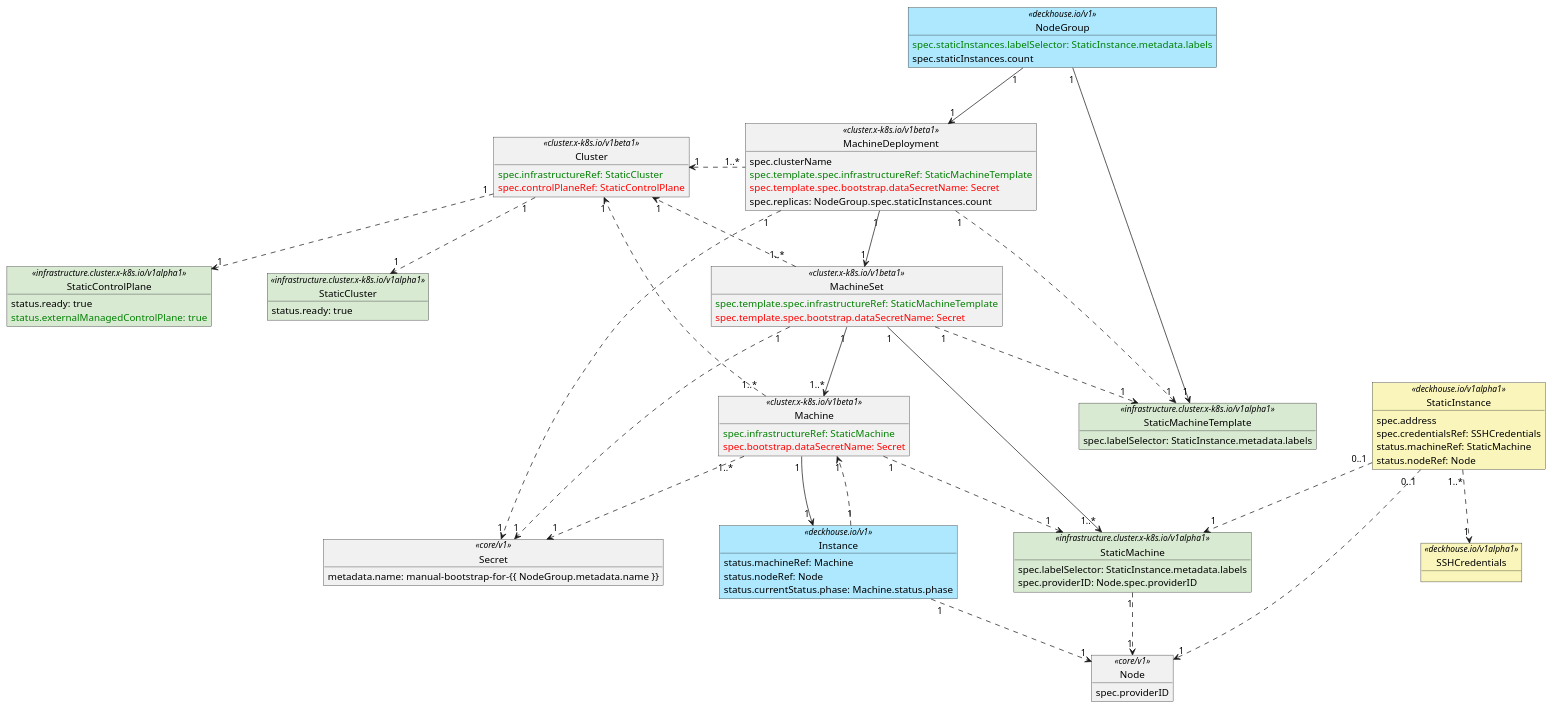
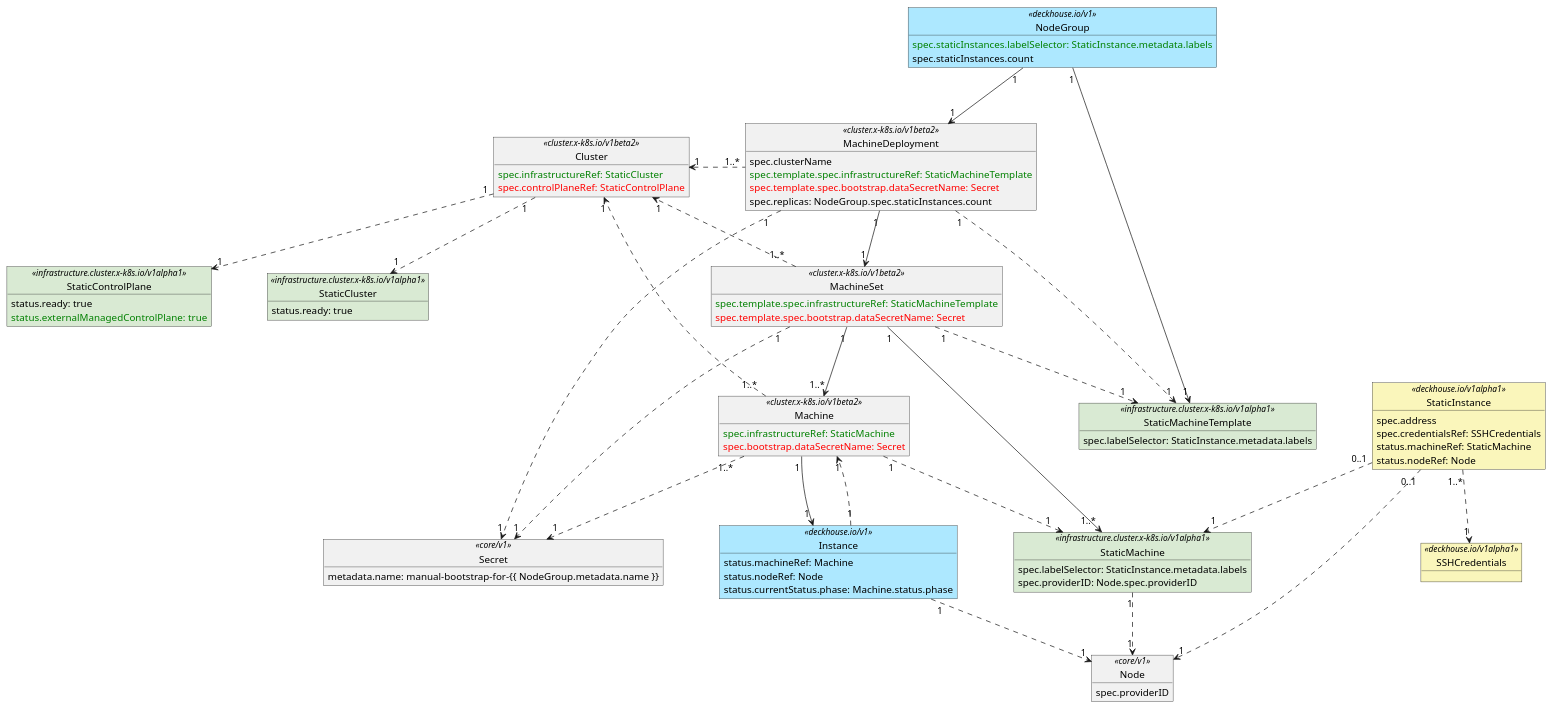
Before and after one commit to deckhouse/deckhouse: the diagram in modules/040-node-manager/docs/internal/static-provider/images/crd-relationships.puml, drawn with PlantUML. The commit also changed 17 other files, not shown here.

```diff
--- a/modules/040-node-manager/docs/internal/static-provider/images/crd-relationships.puml
+++ b/modules/040-node-manager/docs/internal/static-provider/images/crd-relationships.puml
@@ -1,124 +1,124 @@
 @startuml crd-relationships
 
 skinparam nodesep 80
 skinparam ranksep 80
 skinparam object {
     backgroundColor<< deckhouse.io/v1 >> #ade8ff
     backgroundColor<< infrastructure.cluster.x-k8s.io/v1alpha1 >> #D9EAD3
     backgroundColor<< deckhouse.io/v1alpha1 >> #faf6bb
 }
 
 ' deckhouse.io/v1
 object NodeGroup << deckhouse.io/v1 >> {
     <font color="Green">spec.staticInstances.labelSelector: StaticInstance.metadata.labels</font>
     spec.staticInstances.count
 }
 
-' cluster.x-k8s.io/v1beta1
-object Cluster << cluster.x-k8s.io/v1beta1 >> {
+' cluster.x-k8s.io/v1beta2
+object Cluster << cluster.x-k8s.io/v1beta2 >> {
     <font color="Green">spec.infrastructureRef: StaticCluster</font>
     <font color="Red">spec.controlPlaneRef: StaticControlPlane</font>
 }
 
-object MachineDeployment << cluster.x-k8s.io/v1beta1 >> {
+object MachineDeployment << cluster.x-k8s.io/v1beta2 >> {
     spec.clusterName
     <font color="Green">spec.template.spec.infrastructureRef: StaticMachineTemplate</font>
     <font color="Red">spec.template.spec.bootstrap.dataSecretName: Secret</font>
     spec.replicas: NodeGroup.spec.staticInstances.count
 }
-object MachineSet << cluster.x-k8s.io/v1beta1 >> {
+object MachineSet << cluster.x-k8s.io/v1beta2 >> {
     <font color="Green">spec.template.spec.infrastructureRef: StaticMachineTemplate</font>
     <font color="Red">spec.template.spec.bootstrap.dataSecretName: Secret</font>
 }
-object Machine << cluster.x-k8s.io/v1beta1 >> {
+object Machine << cluster.x-k8s.io/v1beta2 >> {
     <font color="Green">spec.infrastructureRef: StaticMachine</font>
     <font color="Red">spec.bootstrap.dataSecretName: Secret</font>
 }
 
 ' infrastructure.cluster.x-k8s.io/v1alpha1
 object StaticControlPlane << infrastructure.cluster.x-k8s.io/v1alpha1 >> {
     status.ready: true
     <font color="Green">status.externalManagedControlPlane: true</font>
 }
 
 ' core/v1
 object Secret << core/v1 >> {
    metadata.name: manual-bootstrap-for-{{ NodeGroup.metadata.name }}
 }
 
 ' Infrastructure provider CRD
 object StaticCluster << infrastructure.cluster.x-k8s.io/v1alpha1 >> {
   status.ready: true
 }
 
 object StaticMachineTemplate << infrastructure.cluster.x-k8s.io/v1alpha1 >> {
   spec.labelSelector: StaticInstance.metadata.labels
 }
 
 object StaticMachine << infrastructure.cluster.x-k8s.io/v1alpha1 >> {
   spec.labelSelector: StaticInstance.metadata.labels
   spec.providerID: Node.spec.providerID
 }
 
 object StaticInstance << deckhouse.io/v1alpha1 >> {
   spec.address
   spec.credentialsRef: SSHCredentials
 
   status.machineRef: StaticMachine
   status.nodeRef: Node
 }
 
 object SSHCredentials << deckhouse.io/v1alpha1 >> {
 }
 
 object Node << core/v1 >> {
   spec.providerID
 }
 
 object Instance << deckhouse.io/v1 >> {
   status.machineRef: Machine
   status.nodeRef: Node
   status.currentStatus.phase: Machine.status.phase
 }
 
 ' The straight lines (-->) represent "management". For example, "MachineSet
 ' manages Machines". The dotted line (..>)represents "reference". For example,
 ' "Machine `spec.infrastructureRef` field references StaticMachine".
 '
 ' The direction of the arrows indicates the direction of "management" or
 ' "reference". For example, "the relationship between MachineSet and Machine is
 ' management from MachineSet to Machine", so the arrow points from MachineSet
 ' to Machine.
 
 NodeGroup "1" --> "1" MachineDeployment
 NodeGroup "1" --> "1" StaticMachineTemplate
 
 MachineDeployment "1..*" .left.> "1" Cluster
 MachineDeployment "1" ..> "1" StaticMachineTemplate
 MachineDeployment "1" --> "1" MachineSet
 MachineDeployment "1" ..> "1" Secret
 
 Cluster "1" ..> "1" StaticControlPlane
 Cluster "1" ..> "1" StaticCluster
 
 MachineSet "1..*" ..> "1" Cluster
 MachineSet "1" ..> "1" StaticMachineTemplate
 MachineSet "1" ..> "1" Secret
 MachineSet "1" --> "1..*" Machine
 MachineSet "1" --> "1..*" StaticMachine
 
 Machine "1..*" ..> "1" Cluster
 Machine "1" ..> "1" StaticMachine
 Machine "1..*" ..> "1" Secret
 Machine "1" --> "1" Instance
 
 StaticInstance "1..*" ..> "1" SSHCredentials
 StaticInstance "0..1" ..> "1" StaticMachine
 StaticInstance "0..1" ..> "1" Node
 
 StaticMachine "1" ..> "1" Node
 
 Instance "1" ..> "1" Node
 Instance "1" ..> "1" Machine
 
 @endurl
```
